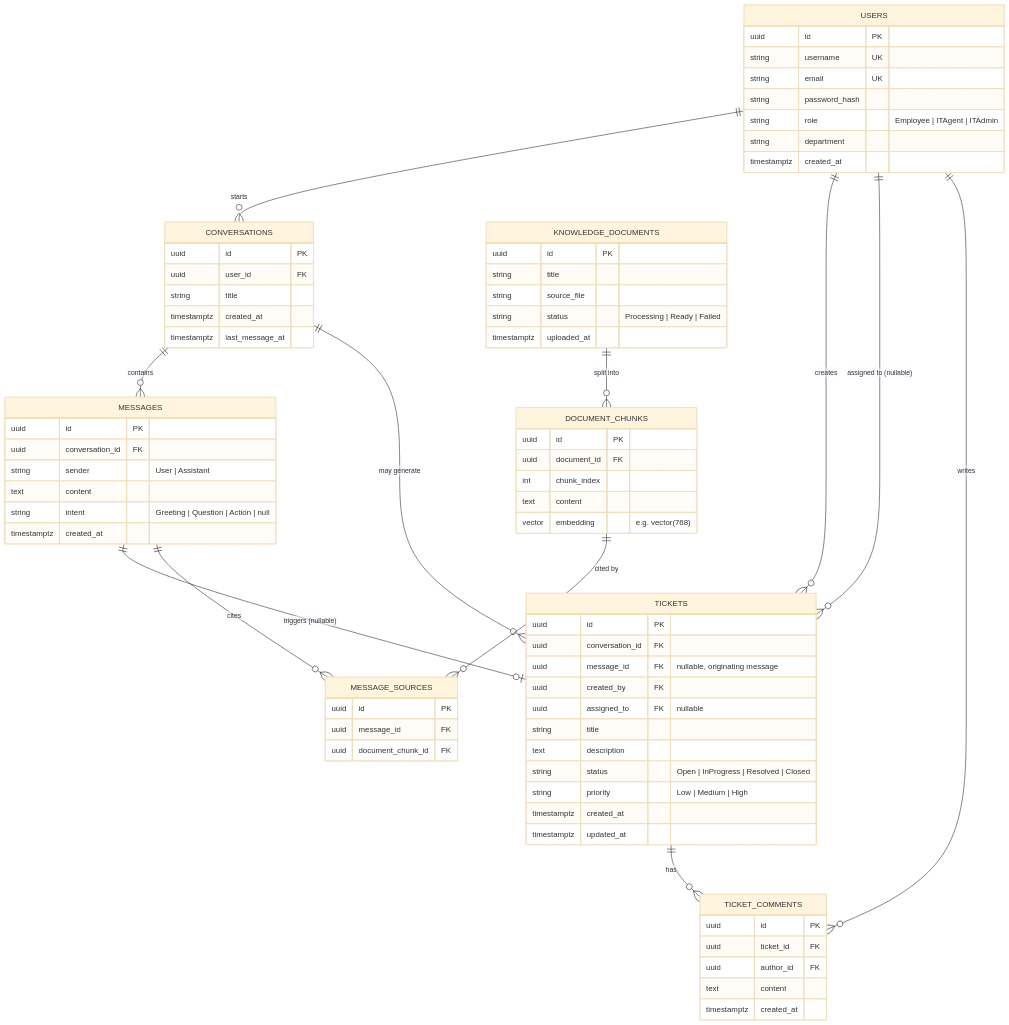
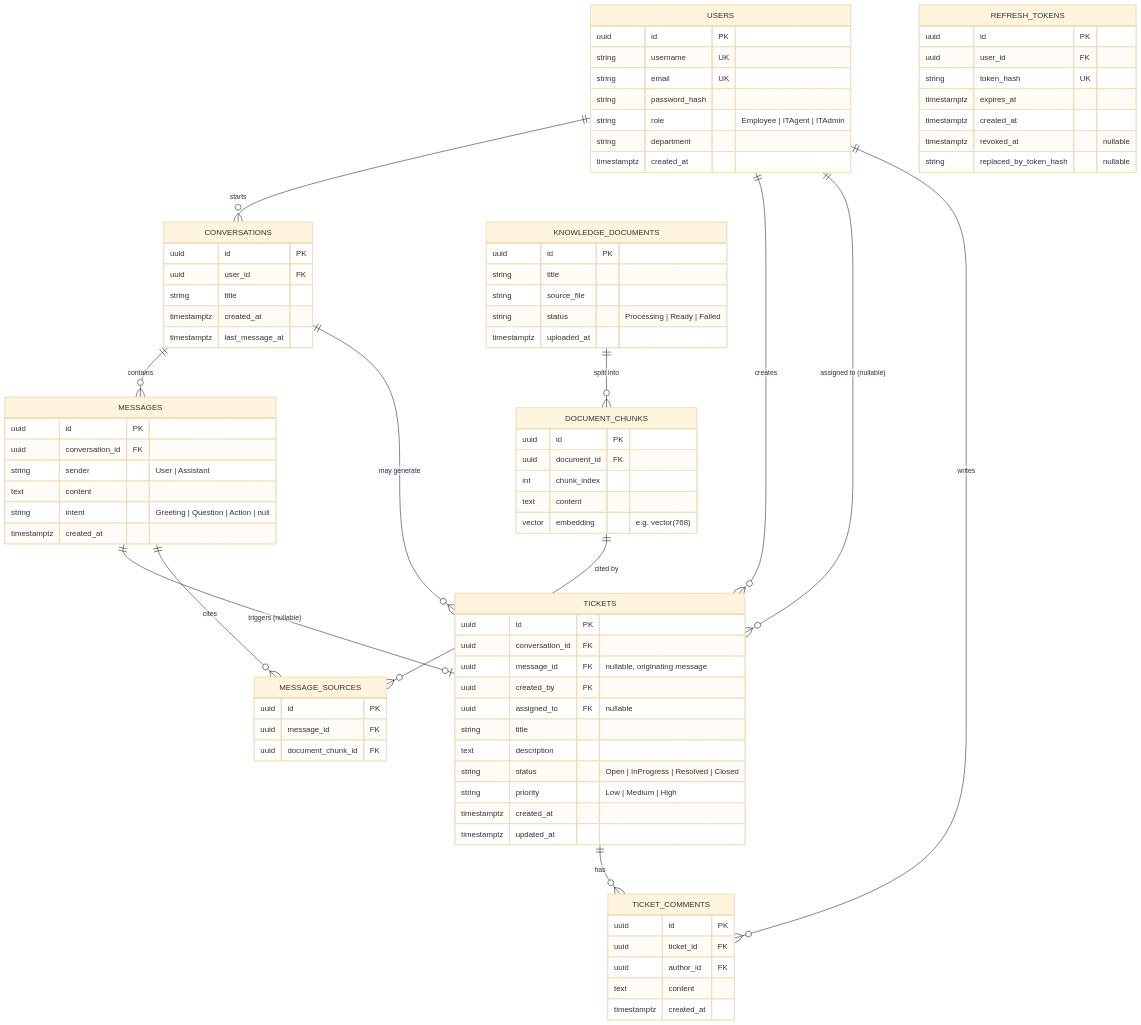
One commit to withoutidentity/AI-Powered-IT-Helpdesk-And-Ticketing-System changed the diagram in docs/ER_DIAGRAM.md. Above: the diagram before and after it, drawn with Mermaid (base theme). The commit also changed other lines of this file and 57 other files, not shown here.

```diff
--- a/docs/ER_DIAGRAM.md
+++ b/docs/ER_DIAGRAM.md
@@ -29,6 +29,16 @@
         string role "Employee | ITAgent | ITAdmin"
         string department
         timestamptz created_at
+    }
+
+    REFRESH_TOKENS {
+        uuid id PK
+        uuid user_id FK
+        string token_hash UK
+        timestamptz expires_at
+        timestamptz created_at
+        timestamptz revoked_at "nullable"
+        string replaced_by_token_hash "nullable"
     }
 
     CONVERSATIONS {
```
